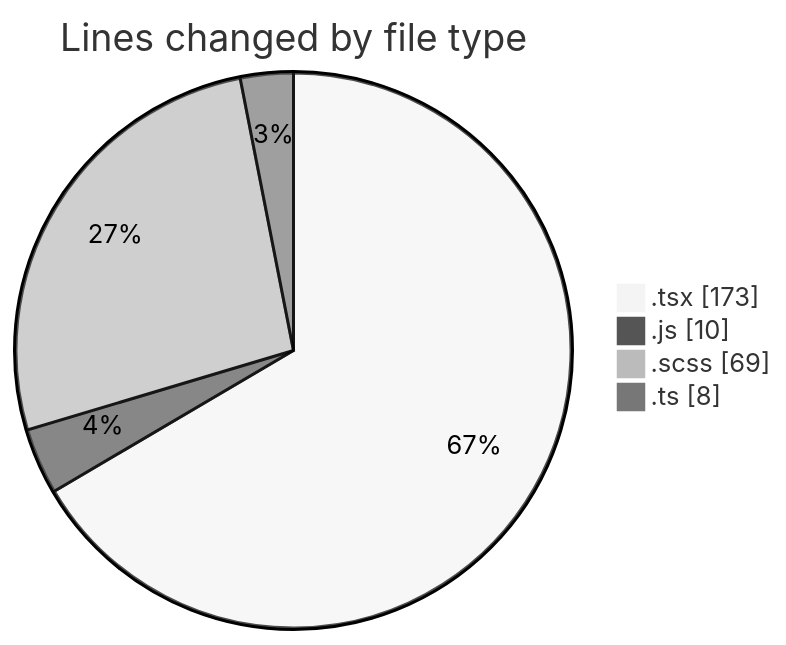
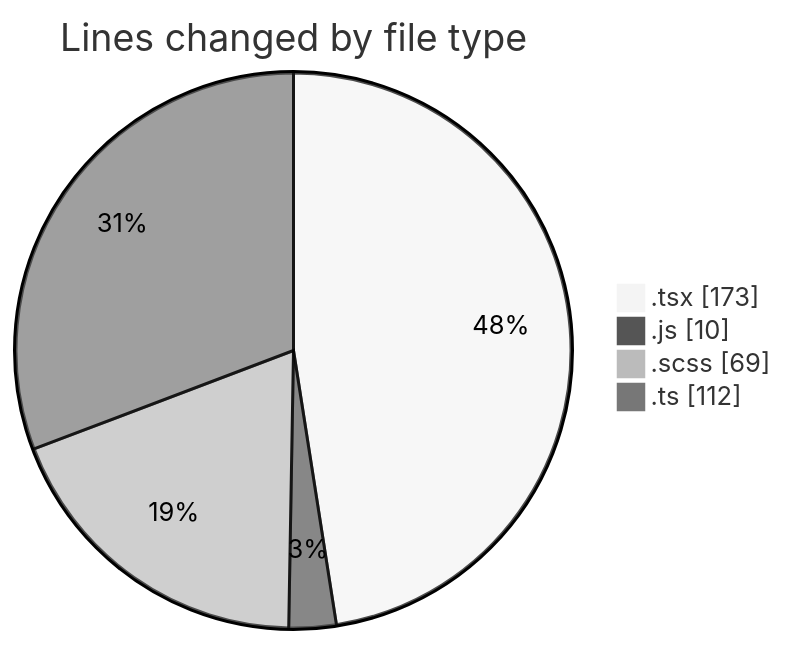
The first of 2 diagrams in 2026-08-25/cda/README.md (momahboobian/code-tracking), drawn with Mermaid (neutral theme) before and after one commit. The commit also changed other lines of this file and 1 other file, not shown here.

````diff
--- a/2026-08-25/cda/README.md
+++ b/2026-08-25/cda/README.md
@@ -27,8 +27,8 @@
 ```mermaid
 pie showData
 title Lines changed by file type
 ".tsx" : 173
 ".js" : 10
 ".scss" : 69
-".ts" : 8
+".ts" : 112
 ```
````
